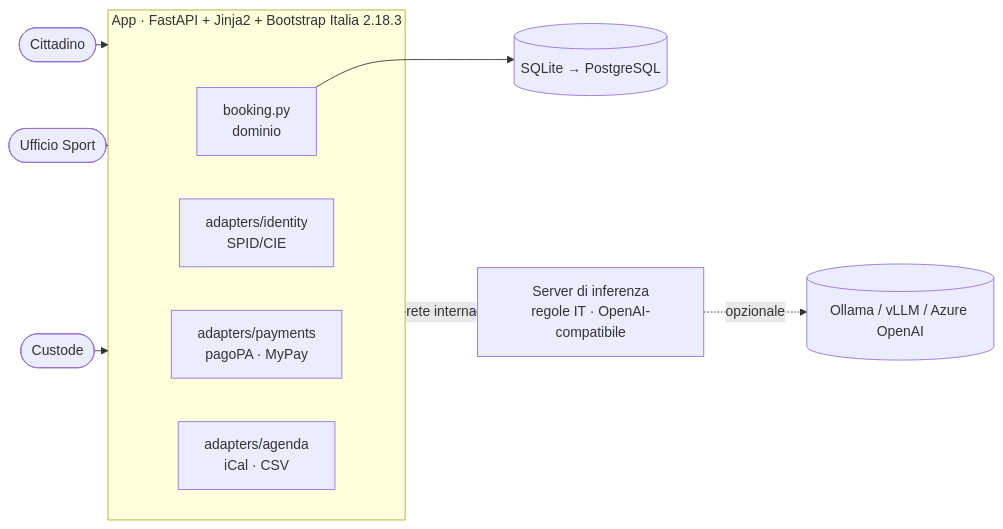
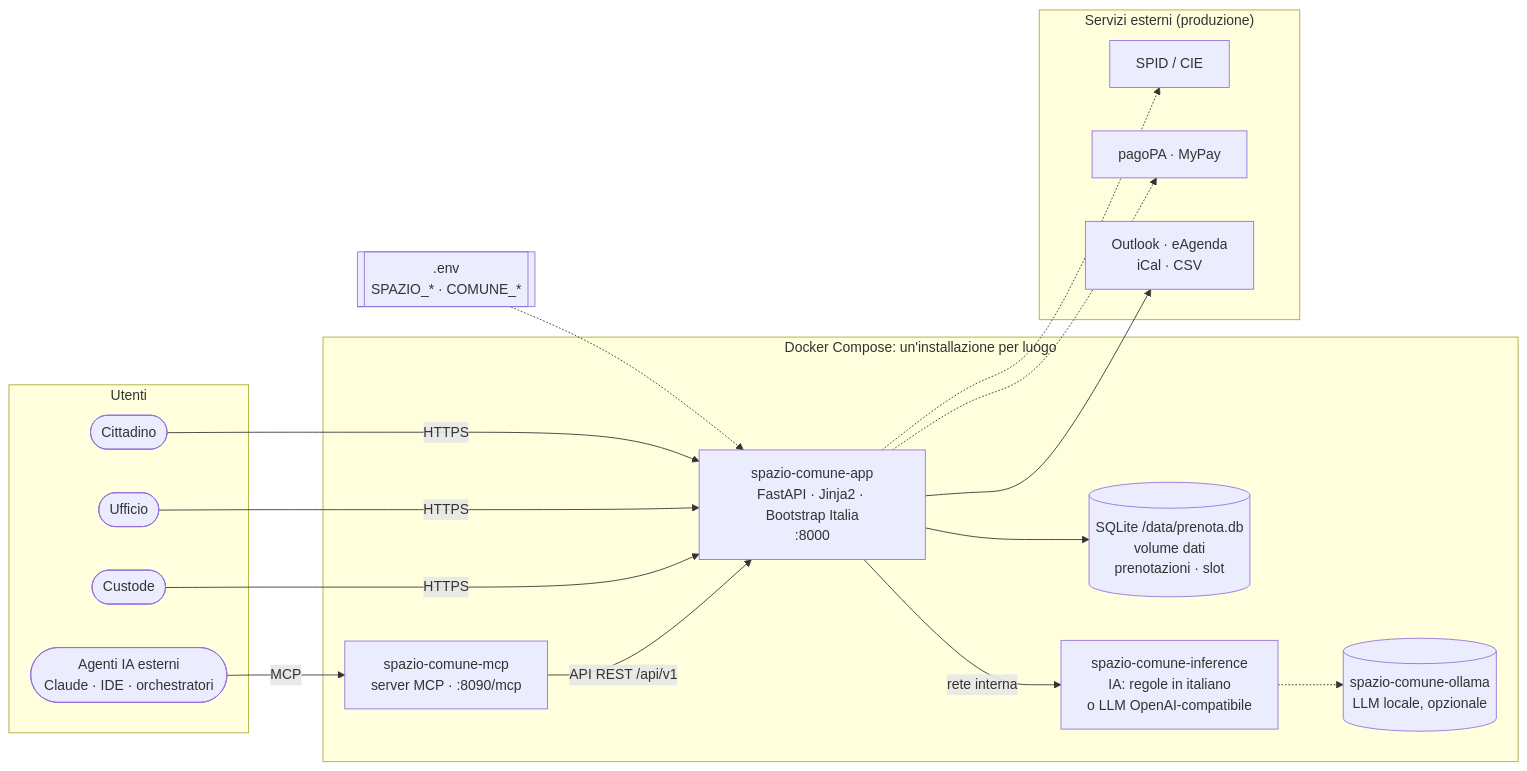
One commit to agent-engineering-studio/spazio-comune changed the first of 3 diagrams in docs/architettura.md. Above: the diagram before and after it, drawn with Mermaid. The commit also changed other lines of this file and 36 other files, not shown here.

First line of the commit message:
Un luogo per installazione, tabella slot, server MCP

````diff
--- a/docs/architettura.md
+++ b/docs/architettura.md
@@ -8,15 +15,31 @@
 ```mermaid
 flowchart LR
-  C([Cittadino]) --> APP
-  U([Ufficio Sport]) --> APP
-  K([Custode]) --> APP
-  subgraph APP["App · FastAPI + Jinja2 + Bootstrap Italia 2.18.3"]
-    B[booking.py<br/>dominio]
-    ID[adapters/identity<br/>SPID/CIE]
-    PAY[adapters/payments<br/>pagoPA · MyPay]
-    AG[adapters/agenda<br/>iCal · CSV]
+  ENV[[".env<br/>SPAZIO_* · COMUNE_*"]]
+  subgraph Utenti
+    C([Cittadino])
+    U([Ufficio])
+    K([Custode])
+    AG([Agenti IA esterni<br/>Claude · IDE · orchestratori])
   end
-  B --> DB[(SQLite → PostgreSQL)]
-  APP -- rete interna --> INF["Server di inferenza<br/>regole IT · OpenAI-compatibile"]
-  INF -. opzionale .-> LLM[(Ollama / vLLM / Azure OpenAI)]
+  subgraph Stack["Docker Compose: un'installazione per luogo"]
+    APP["spazio-comune-app<br/>FastAPI · Jinja2 · Bootstrap Italia<br/>:8000"]
+    DB[("SQLite /data/prenota.db<br/>volume dati<br/>prenotazioni · slot")]
+    INF["spazio-comune-inference<br/>IA: regole in italiano<br/>o LLM OpenAI-compatibile"]
+    MCP["spazio-comune-mcp<br/>server MCP · :8090/mcp"]
+    OLL[("spazio-comune-ollama<br/>LLM locale, opzionale")]
+  end
+  subgraph Esterni["Servizi esterni (produzione)"]
+    SPID["SPID / CIE"]
+    PAGO["pagoPA · MyPay"]
+    CAL["Outlook · eAgenda<br/>iCal · CSV"]
+  end
+  ENV -.-> APP
+  C & U & K -->|HTTPS| APP
+  AG -->|MCP| MCP
+  MCP -->|"API REST /api/v1"| APP
+  APP --> DB
+  APP -->|rete interna| INF
+  INF -.-> OLL
+  APP -.-> SPID & PAGO
+  APP --> CAL
 ```
````
